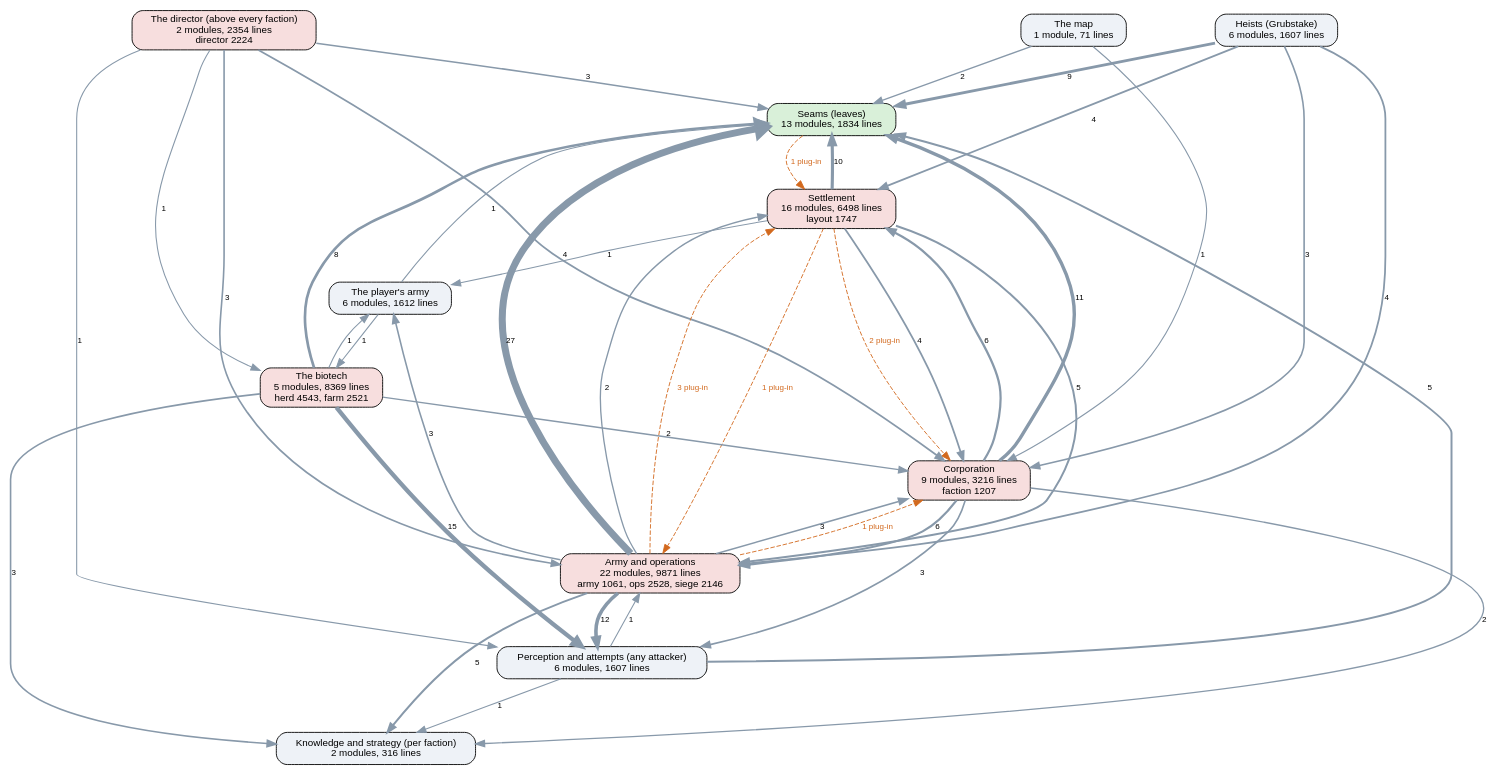
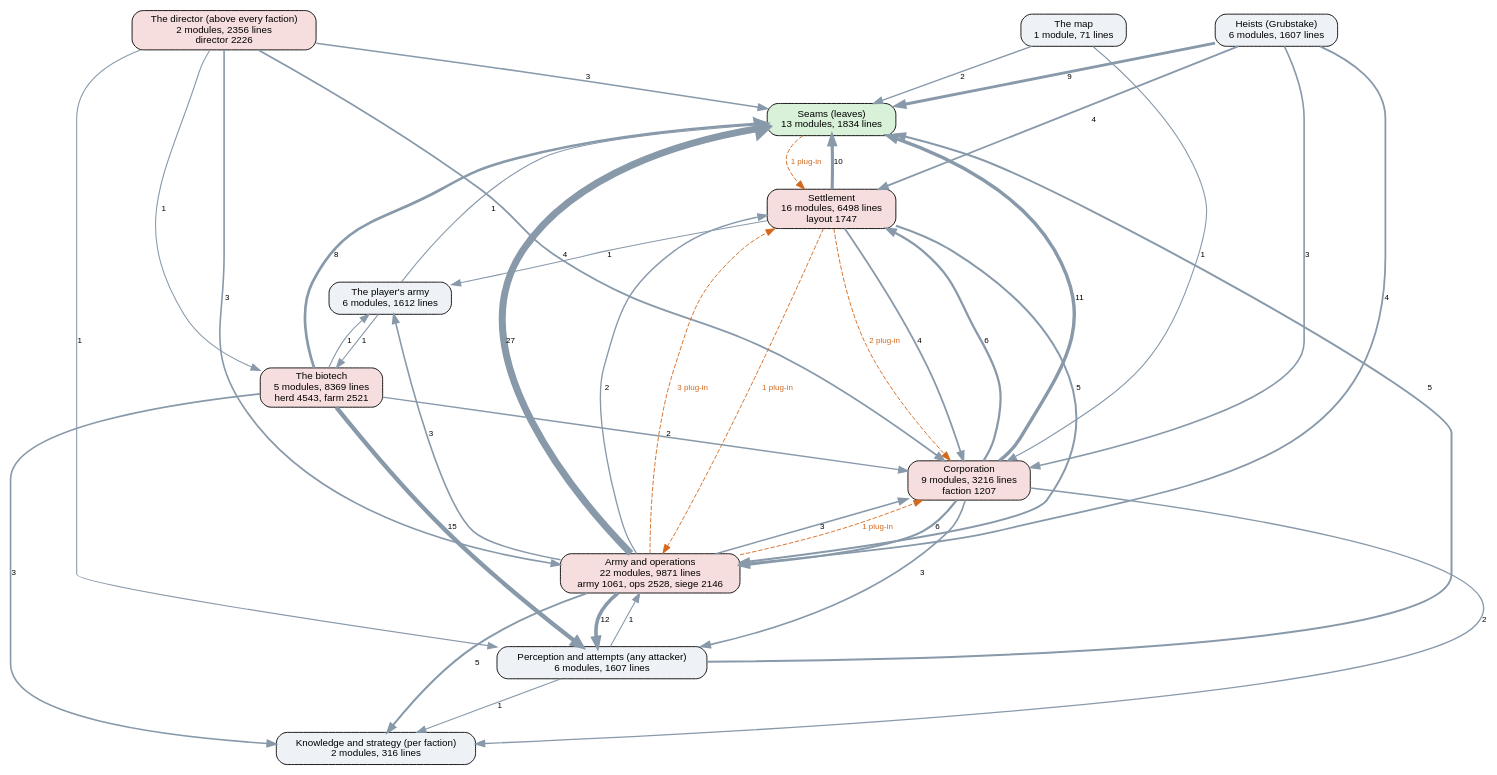
The diagram in docs/ai-layers.dot (kinelhu/landing-party), drawn with Graphviz before and after one commit. The commit also changed 14 other files, not shown here.

```diff
--- a/docs/ai-layers.dot
+++ b/docs/ai-layers.dot
@@ -1,57 +1,57 @@
 digraph layers {
   graph [rankdir=TB, fontname="Helvetica", nodesep=0.5, ranksep=0.7];
   node [shape=box, style="rounded,filled", fontname="Helvetica", fontsize=11, fillcolor="#eef2f7"];
   edge [color="#8899aa", fontname="Helvetica", fontsize=9];
   "Seams (leaves)" [label="Seams (leaves)\n13 modules, 1834 lines", fillcolor="#d9f0d9"];
   "Perception and attempts (any attacker)" [label="Perception and attempts (any attacker)\n6 modules, 1607 lines", fillcolor="#eef2f7"];
   "Knowledge and strategy (per faction)" [label="Knowledge and strategy (per faction)\n2 modules, 316 lines", fillcolor="#eef2f7"];
-  "The director (above every faction)" [label="The director (above every faction)\n2 modules, 2354 lines\ndirector 2224", fillcolor="#f7dede"];
+  "The director (above every faction)" [label="The director (above every faction)\n2 modules, 2356 lines\ndirector 2226", fillcolor="#f7dede"];
   "Corporation" [label="Corporation\n9 modules, 3216 lines\nfaction 1207", fillcolor="#f7dede"];
   "Settlement" [label="Settlement\n16 modules, 6498 lines\nlayout 1747", fillcolor="#f7dede"];
   "Army and operations" [label="Army and operations\n22 modules, 9871 lines\narmy 1061, ops 2528, siege 2146", fillcolor="#f7dede"];
   "Heists (Grubstake)" [label="Heists (Grubstake)\n6 modules, 1607 lines", fillcolor="#eef2f7"];
   "The biotech" [label="The biotech\n5 modules, 8369 lines\nherd 4543, farm 2521", fillcolor="#f7dede"];
   "The map" [label="The map\n1 module, 71 lines", fillcolor="#eef2f7"];
   "The player's army" [label="The player's army\n6 modules, 1612 lines", fillcolor="#eef2f7"];
   "Army and operations" -> "Corporation" [label="3", penwidth=1.8];
   "Army and operations" -> "Knowledge and strategy (per faction)" [label="5", penwidth=2.2];
   "Army and operations" -> "Perception and attempts (any attacker)" [label="12", penwidth=4.0];
   "Army and operations" -> "Seams (leaves)" [label="27", penwidth=7.8];
   "Army and operations" -> "Settlement" [label="2", penwidth=1.5];
   "Army and operations" -> "The player's army" [label="3", penwidth=1.8];
   "Corporation" -> "Army and operations" [label="6", penwidth=2.5];
   "Corporation" -> "Knowledge and strategy (per faction)" [label="2", penwidth=1.5];
   "Corporation" -> "Perception and attempts (any attacker)" [label="3", penwidth=1.8];
   "Corporation" -> "Seams (leaves)" [label="11", penwidth=3.8];
   "Corporation" -> "Settlement" [label="6", penwidth=2.5];
   "Heists (Grubstake)" -> "Army and operations" [label="4", penwidth=2.0];
   "Heists (Grubstake)" -> "Corporation" [label="3", penwidth=1.8];
   "Heists (Grubstake)" -> "Seams (leaves)" [label="9", penwidth=3.2];
   "Heists (Grubstake)" -> "Settlement" [label="4", penwidth=2.0];
   "Perception and attempts (any attacker)" -> "Army and operations" [label="1", penwidth=1.2];
   "Perception and attempts (any attacker)" -> "Knowledge and strategy (per faction)" [label="1", penwidth=1.2];
   "Perception and attempts (any attacker)" -> "Seams (leaves)" [label="5", penwidth=2.2];
   "Settlement" -> "Army and operations" [label="5", penwidth=2.2];
   "Settlement" -> "Corporation" [label="4", penwidth=2.0];
   "Settlement" -> "Seams (leaves)" [label="10", penwidth=3.5];
   "Settlement" -> "The player's army" [label="1", penwidth=1.2];
   "The biotech" -> "Corporation" [label="2", penwidth=1.5];
   "The biotech" -> "Knowledge and strategy (per faction)" [label="3", penwidth=1.8];
   "The biotech" -> "Perception and attempts (any attacker)" [label="15", penwidth=4.8];
   "The biotech" -> "Seams (leaves)" [label="8", penwidth=3.0];
   "The biotech" -> "The player's army" [label="1", penwidth=1.2];
   "The director (above every faction)" -> "Army and operations" [label="3", penwidth=1.8];
   "The director (above every faction)" -> "Corporation" [label="4", penwidth=2.0];
   "The director (above every faction)" -> "Perception and attempts (any attacker)" [label="1", penwidth=1.2];
   "The director (above every faction)" -> "Seams (leaves)" [label="3", penwidth=1.8];
   "The director (above every faction)" -> "The biotech" [label="1", penwidth=1.2];
   "The map" -> "Corporation" [label="1", penwidth=1.2];
   "The map" -> "Seams (leaves)" [label="2", penwidth=1.5];
   "The player's army" -> "Seams (leaves)" [label="1", penwidth=1.2];
   "The player's army" -> "The biotech" [label="1", penwidth=1.2];
   "Army and operations" -> "Corporation" [style=dashed, color="#d2691e", fontcolor="#d2691e", label="1 plug-in"];
   "Army and operations" -> "Settlement" [style=dashed, color="#d2691e", fontcolor="#d2691e", label="3 plug-in"];
   "Seams (leaves)" -> "Settlement" [style=dashed, color="#d2691e", fontcolor="#d2691e", label="1 plug-in"];
   "Settlement" -> "Army and operations" [style=dashed, color="#d2691e", fontcolor="#d2691e", label="1 plug-in"];
   "Settlement" -> "Corporation" [style=dashed, color="#d2691e", fontcolor="#d2691e", label="2 plug-in"];
 }
```
